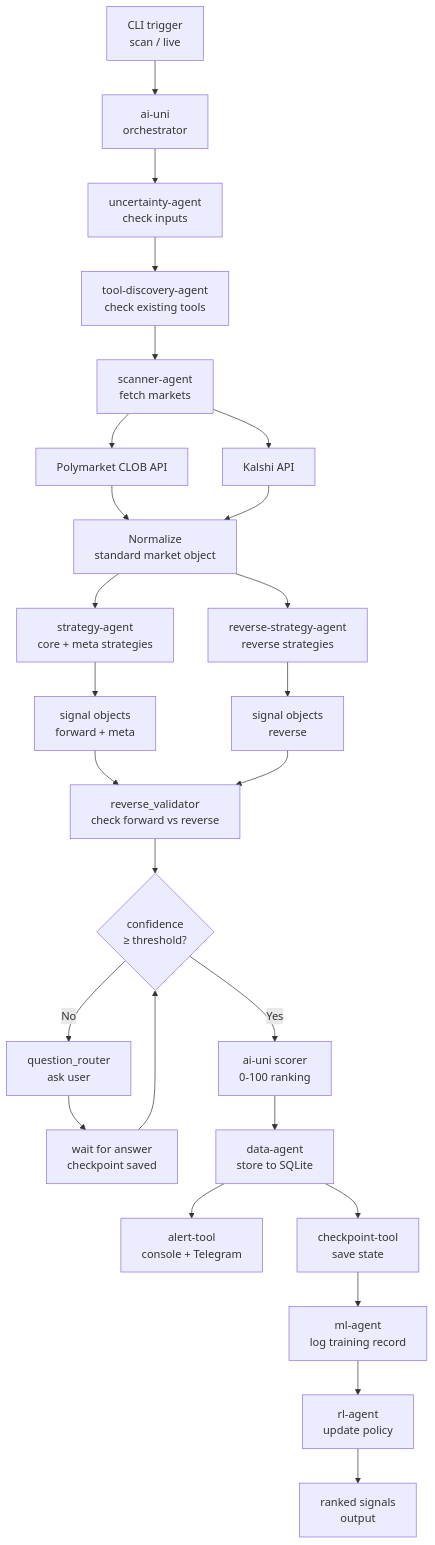
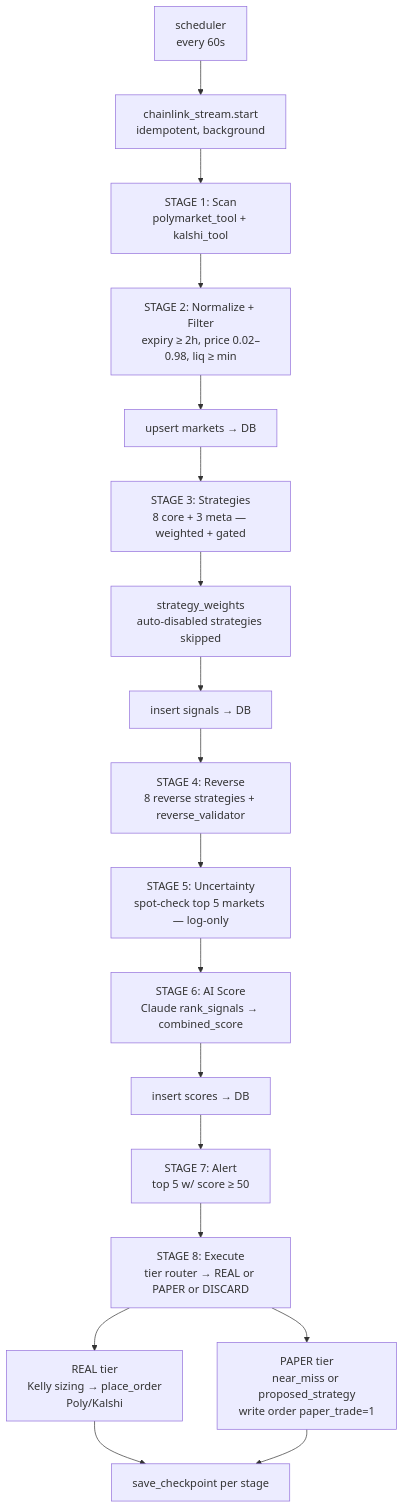
The diagram in docs/pipeline/flow.md (tuvalsss/UPAS), drawn with Mermaid before and after one commit. The commit also changed other lines of this file and 2 other files, not shown here.

First line of the commit message:
Docs: sync pipeline/architecture docs with actual engine.py

````diff
--- a/docs/pipeline/flow.md
+++ b/docs/pipeline/flow.md
@@ -14,26 +17,20 @@
 ```mermaid
 flowchart TD
-    A[CLI trigger\nscan / live] --> B[ai-uni\norchestrator]
-    B --> C[uncertainty-agent\ncheck inputs]
-    C --> D[tool-discovery-agent\ncheck existing tools]
-    D --> E[scanner-agent\nfetch markets]
-    E --> F[Polymarket CLOB API]
-    E --> G[Kalshi API]
-    F & G --> H[Normalize\nstandard market object]
-    H --> I[strategy-agent\ncore + meta strategies]
-    H --> J[reverse-strategy-agent\nreverse strategies]
-    I --> K[signal objects\nforward + meta]
-    J --> L[signal objects\nreverse]
-    K & L --> M[reverse_validator\ncheck forward vs reverse]
-    M --> N{confidence\n≥ threshold?}
-    N -- No --> O[question_router\nask user]
-    O --> P[wait for answer\ncheckpoint saved]
-    P --> N
-    N -- Yes --> Q[ai-uni scorer\n0-100 ranking]
-    Q --> R[data-agent\nstore to SQLite]
-    R --> S[alert-tool\nconsole + Telegram]
-    R --> T[checkpoint-tool\nsave state]
-    T --> U[ml-agent\nlog training record]
-    U --> V[rl-agent\nupdate policy]
-    V --> W[ranked signals\noutput]
+    A[scheduler<br/>every 60s] --> B0[chainlink_stream.start<br/>idempotent, background]
+    B0 --> B[STAGE 1: Scan<br/>polymarket_tool + kalshi_tool]
+    B --> C[STAGE 2: Normalize + Filter<br/>expiry ≥ 2h, price 0.02–0.98, liq ≥ min]
+    C --> D[upsert markets → DB]
+    D --> E[STAGE 3: Strategies<br/>8 core + 3 meta — weighted + gated]
+    E --> E1[strategy_weights<br/>auto-disabled strategies skipped]
+    E1 --> F[insert signals → DB]
+    F --> G[STAGE 4: Reverse<br/>8 reverse strategies + reverse_validator]
+    G --> H[STAGE 5: Uncertainty<br/>spot-check top 5 markets — log-only]
+    H --> I[STAGE 6: AI Score<br/>Claude rank_signals → combined_score]
+    I --> J[insert scores → DB]
+    J --> K[STAGE 7: Alert<br/>top 5 w/ score ≥ 50]
+    K --> L[STAGE 8: Execute<br/>tier router → REAL or PAPER or DISCARD]
+    L --> M1[REAL tier<br/>Kelly sizing → place_order<br/>Poly/Kalshi]
+    L --> M2[PAPER tier<br/>near_miss or proposed_strategy<br/>write order paper_trade=1]
+    M1 --> N[save_checkpoint per stage]
+    M2 --> N
 ```
````
